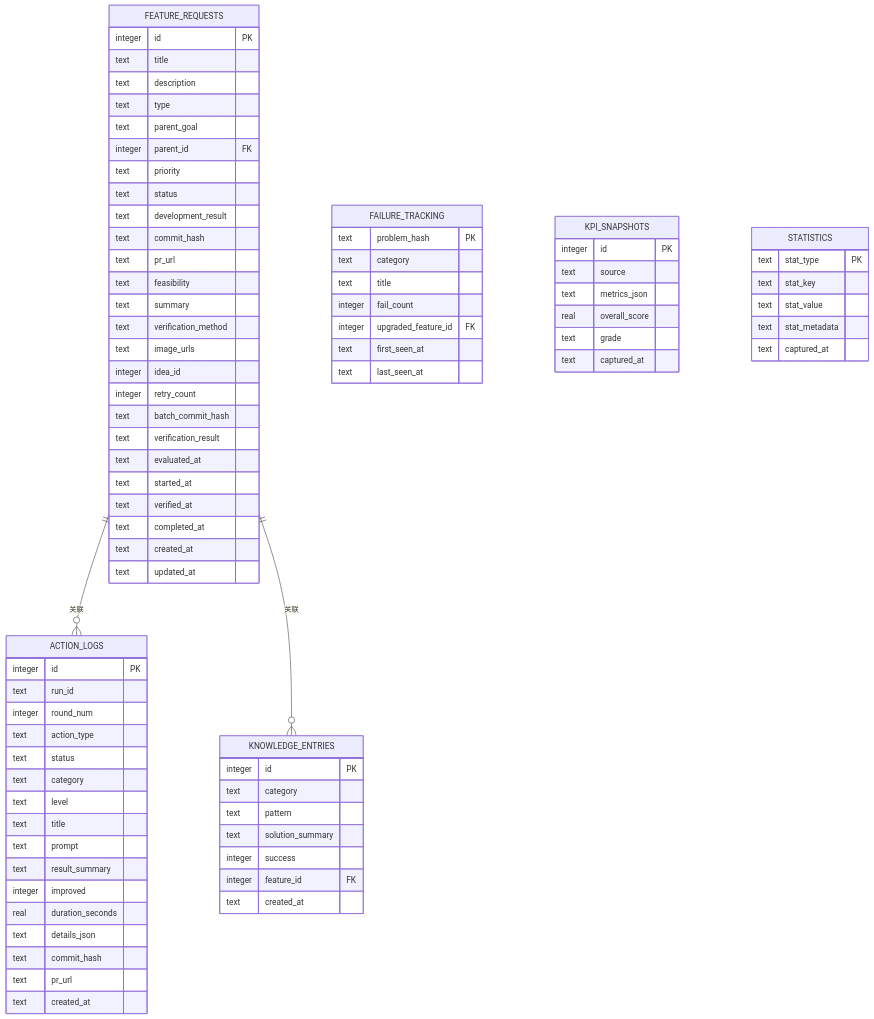
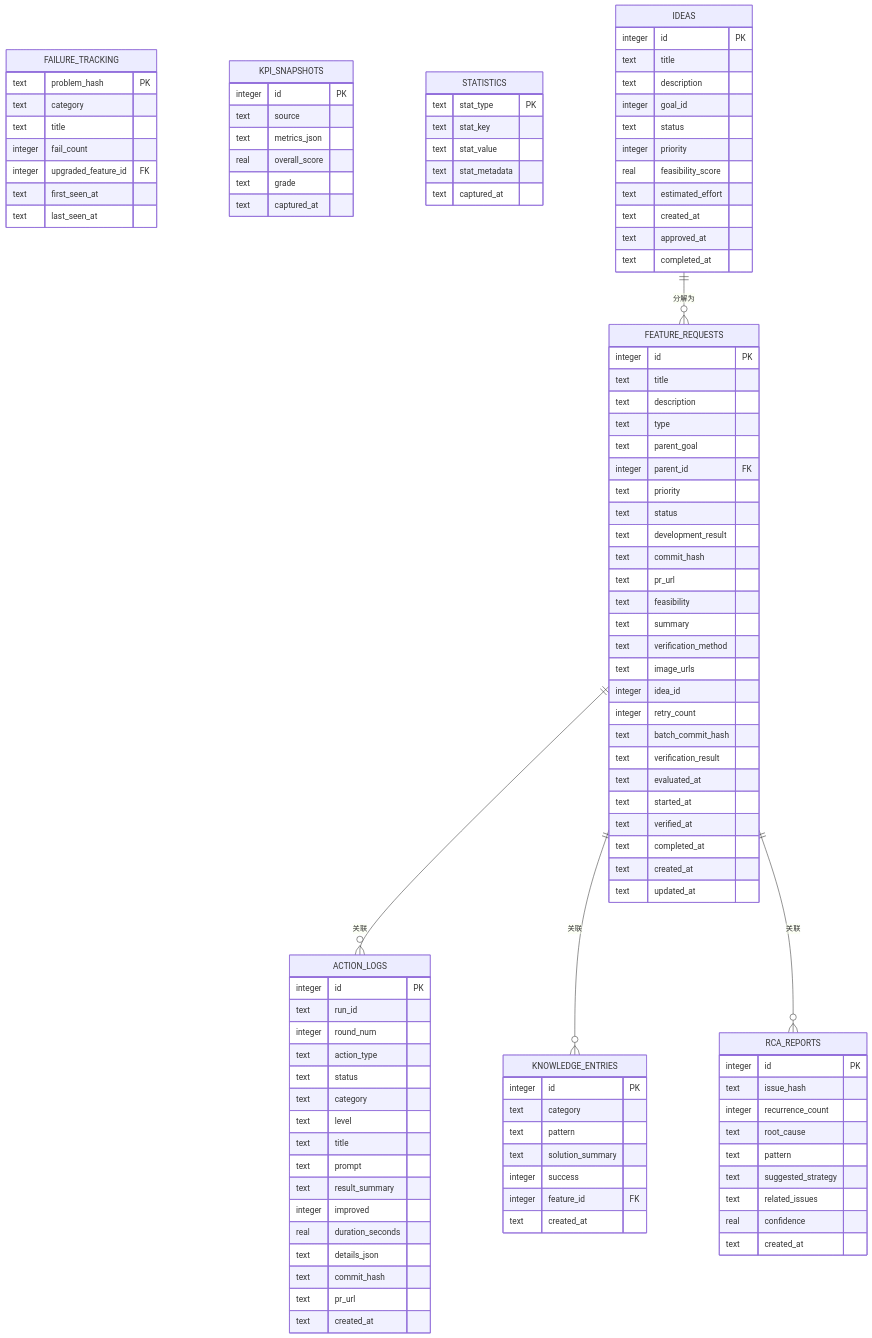
One commit to pinsonchen/vivify changed the sixth of 31 diagrams in .qoder/repowiki/zh/content/技术实现参考/Web仪表板系统.md. Above: the diagram before and after it, drawn with Mermaid. The commit also changed other lines of this file and 5 other files, not shown here.

````diff
--- a/.qoder/repowiki/zh/content/技术实现参考/Web仪表板系统.md
+++ b/.qoder/repowiki/zh/content/技术实现参考/Web仪表板系统.md
@@ -535,6 +574,32 @@
 text stat_metadata
 text captured_at
 }
+RCA_REPORTS {
+integer id PK
+text issue_hash
+integer recurrence_count
+text root_cause
+text pattern
+text suggested_strategy
+text related_issues
+real confidence
+text created_at
+}
+IDEAS {
+integer id PK
+text title
+text description
+integer goal_id
+text status
+integer priority
+real feasibility_score
+text estimated_effort
+text created_at
+text approved_at
+text completed_at
+}
 FEATURE_REQUESTS ||--o{ ACTION_LOGS : "关联"
 FEATURE_REQUESTS ||--o{ KNOWLEDGE_ENTRIES : "关联"
+FEATURE_REQUESTS ||--o{ RCA_REPORTS : "关联"
+IDEAS ||--o{ FEATURE_REQUESTS : "分解为"
 ```
````
